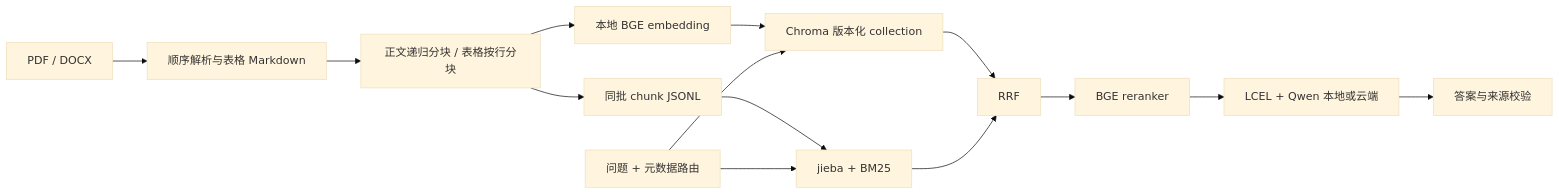
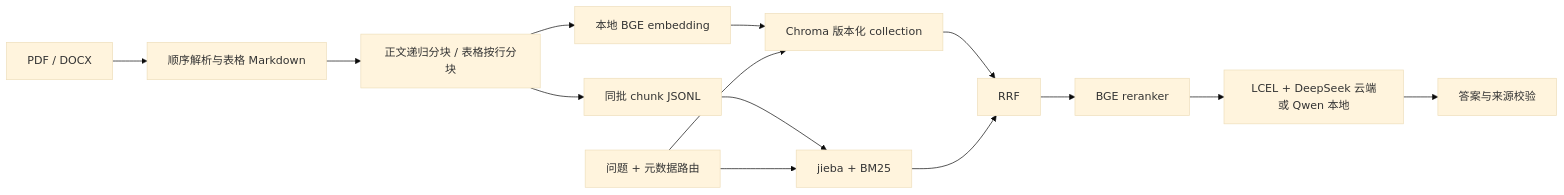
Before and after one commit to wuzhao321/Agentic_RAG: the diagram in docs/design.md, drawn with Mermaid (base theme). The commit also changed other lines of this file and 50 other files, not shown here.

````diff
--- a/docs/design.md
+++ b/docs/design.md
@@ -8,16 +8,16 @@
 ```mermaid
 flowchart LR
     A[PDF / DOCX] --> B[顺序解析与表格 Markdown]
     B --> C[正文递归分块 / 表格按行分块]
     C --> D[本地 BGE embedding]
     D --> E[Chroma 版本化 collection]
     C --> F[同批 chunk JSONL]
     F --> G[jieba + BM25]
     Q[问题 + 元数据路由] --> E
     Q --> G
     E --> H[RRF]
     G --> H
     H --> I[BGE reranker]
-    I --> J[LCEL + Qwen 本地或云端]
+    I --> J[LCEL + DeepSeek 云端或 Qwen 本地]
     J --> K[答案与来源校验]
 ```
````
